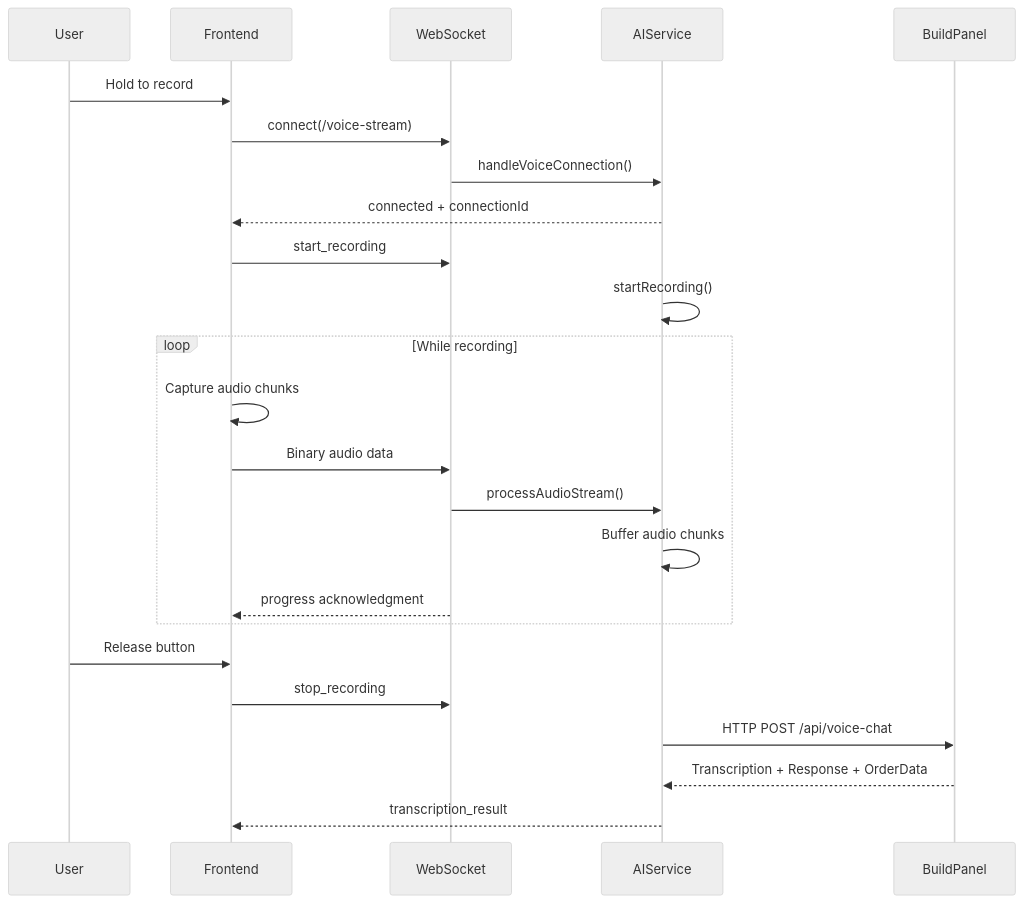
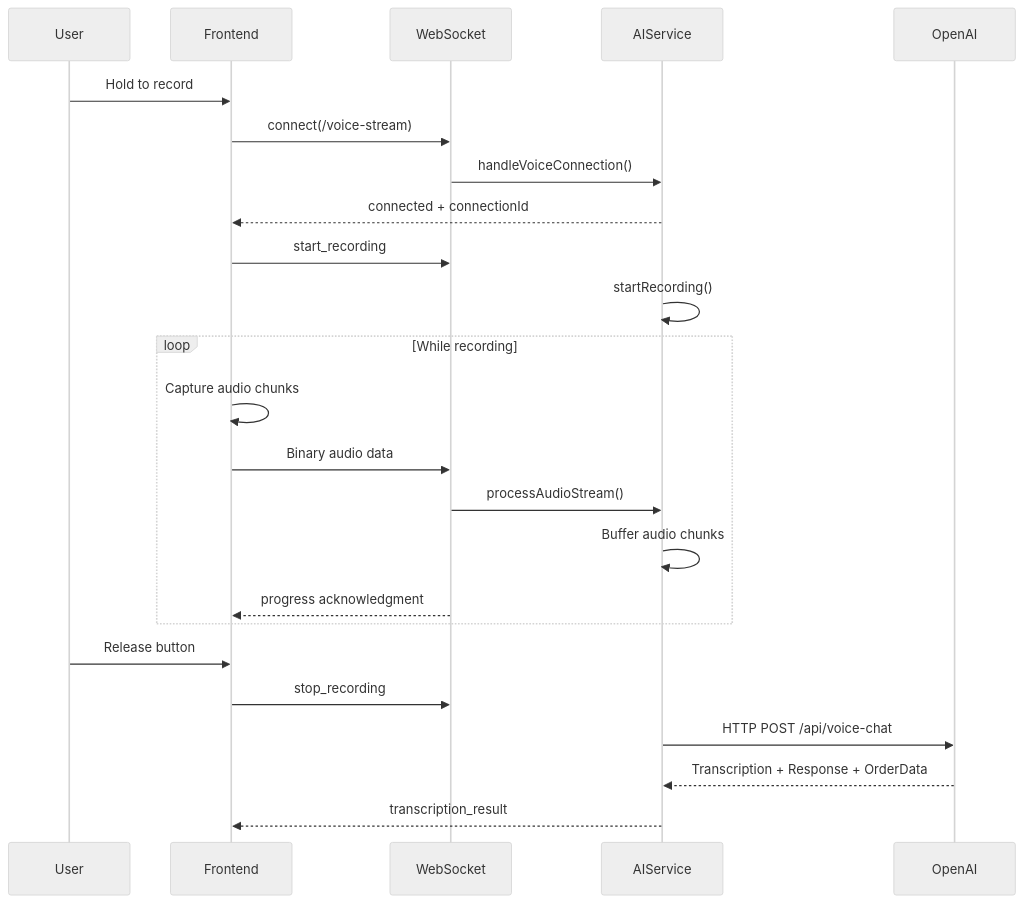
The diagram in docs/AI_REALTIME_SYSTEMS.md (mikeyoung304/July25), drawn with Mermaid (neutral theme) before and after one commit. The commit also changed other lines of this file and 30 other files, not shown here.

Commit message:
chore: remove all BuildPanel references; replace with OpenAI; add CI guards

````diff
--- a/docs/AI_REALTIME_SYSTEMS.md
+++ b/docs/AI_REALTIME_SYSTEMS.md
@@ -51,30 +51,30 @@
 ```mermaid
 sequenceDiagram
     participant User
     participant Frontend
     participant WebSocket
     participant AIService
-    participant BuildPanel
+    participant OpenAI
     
     User->>Frontend: Hold to record
     Frontend->>WebSocket: connect(/voice-stream)
     WebSocket->>AIService: handleVoiceConnection()
     AIService-->>Frontend: connected + connectionId
     
     Frontend->>WebSocket: start_recording
     AIService->>AIService: startRecording()
     
     loop While recording
         Frontend->>Frontend: Capture audio chunks
         Frontend->>WebSocket: Binary audio data
         WebSocket->>AIService: processAudioStream()
         AIService->>AIService: Buffer audio chunks
         WebSocket-->>Frontend: progress acknowledgment
     end
     
     User->>Frontend: Release button
     Frontend->>WebSocket: stop_recording
-    AIService->>BuildPanel: HTTP POST /api/voice-chat
-    BuildPanel-->>AIService: Transcription + Response + OrderData
+    AIService->>OpenAI: HTTP POST /api/voice-chat
+    OpenAI-->>AIService: Transcription + Response + OrderData
     AIService-->>Frontend: transcription_result
 ```
````
